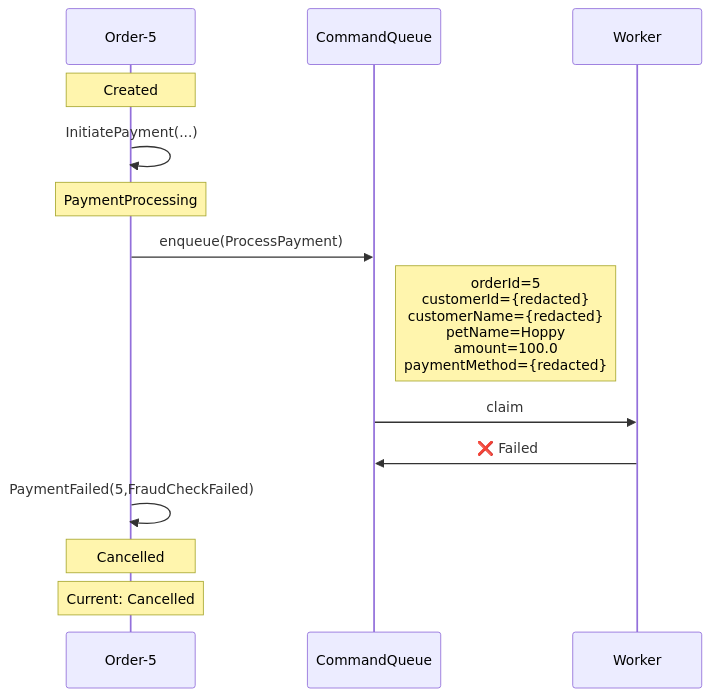
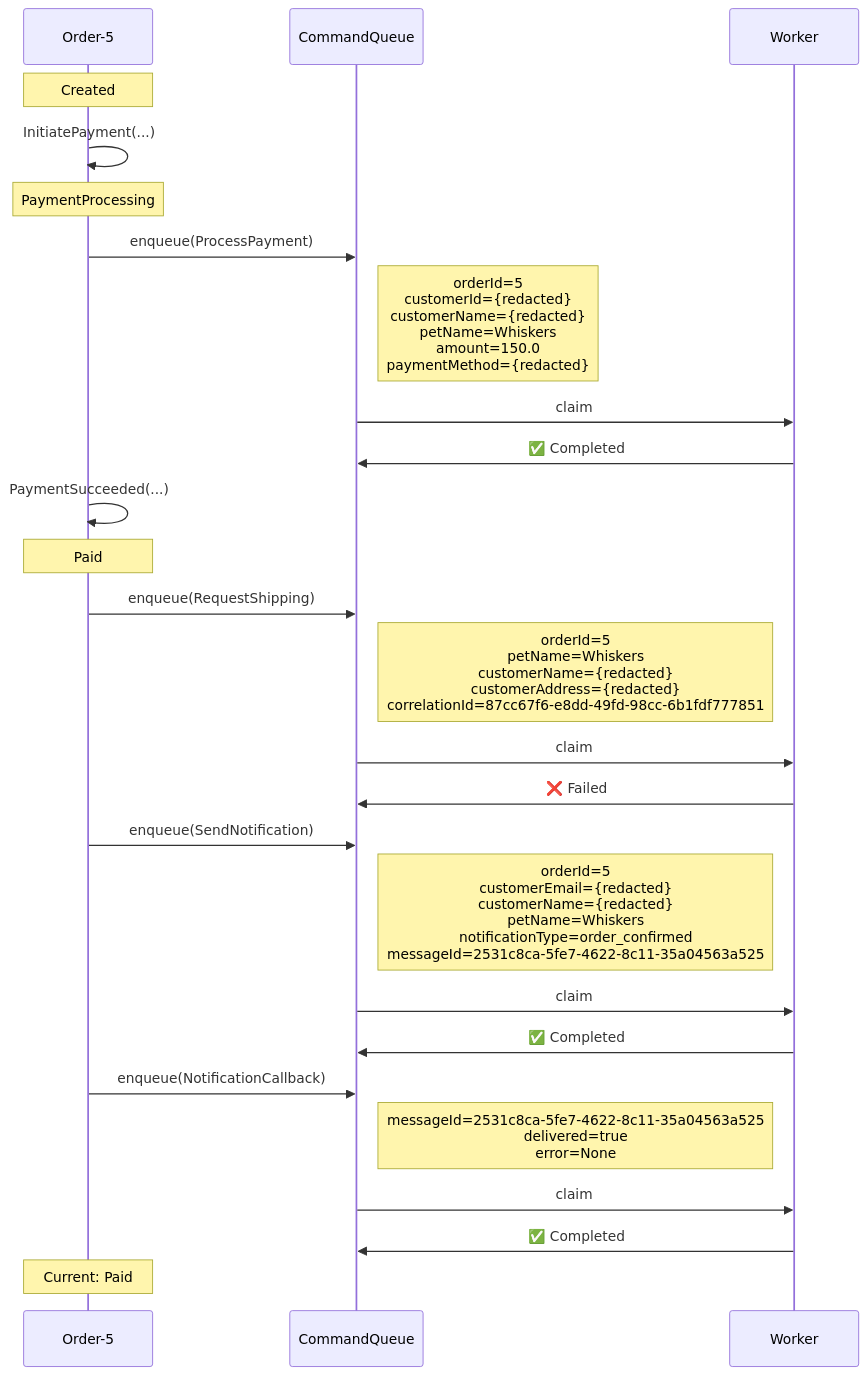
The first of 3 diagrams in docs/visualizations/order-5-trace.md (Iterable/mechanoid), drawn with Mermaid before and after one commit. The commit also changed other lines of this file and 23 other files, not shown here.

````diff
--- a/docs/visualizations/order-5-trace.md
+++ b/docs/visualizations/order-5-trace.md
@@ -11,18 +12,30 @@
 ```mermaid
 %%{init: {'themeCSS': '.noteText { text-align: left !important; }'}}%%
 sequenceDiagram
     participant FSM as Order-5
     participant CQ as CommandQueue
     participant W as Worker
 
     Note over FSM: Created
     FSM->>FSM: InitiatePayment(...)
     Note over FSM: PaymentProcessing
     FSM->>CQ: enqueue(ProcessPayment)
-    Note right of CQ: orderId=5<br/>customerId={redacted}<br/>customerName={redacted}<br/>petName=Hoppy<br/>amount=100.0<br/>paymentMethod={redacted}
+    Note right of CQ: orderId=5<br/>customerId={redacted}<br/>customerName={redacted}<br/>petName=Whiskers<br/>amount=150.0<br/>paymentMethod={redacted}
+    CQ->>W: claim
+    W->>CQ: ✅ Completed
+    FSM->>FSM: PaymentSucceeded(...)
+    Note over FSM: Paid
+    FSM->>CQ: enqueue(RequestShipping)
+    Note right of CQ: orderId=5<br/>petName=Whiskers<br/>customerName={redacted}<br/>customerAddress={redacted}<br/>correlationId=87cc67f6-e8dd-49fd-98cc-6b1fdf777851
     CQ->>W: claim
     W->>CQ: ❌ Failed
-    FSM->>FSM: PaymentFailed(5,FraudCheckFailed)
-    Note over FSM: Cancelled
-    Note over FSM: Current: Cancelled
+    FSM->>CQ: enqueue(SendNotification)
+    Note right of CQ: orderId=5<br/>customerEmail={redacted}<br/>customerName={redacted}<br/>petName=Whiskers<br/>notificationType=order_confirmed<br/>messageId=2531c8ca-5fe7-4622-8c11-35a04563a525
+    CQ->>W: claim
+    W->>CQ: ✅ Completed
+    FSM->>CQ: enqueue(NotificationCallback)
+    Note right of CQ: messageId=2531c8ca-5fe7-4622-8c11-35a04563a525<br/>delivered=true<br/>error=None
+    CQ->>W: claim
+    W->>CQ: ✅ Completed
+    Note over FSM: Current: Paid
 ```
````
